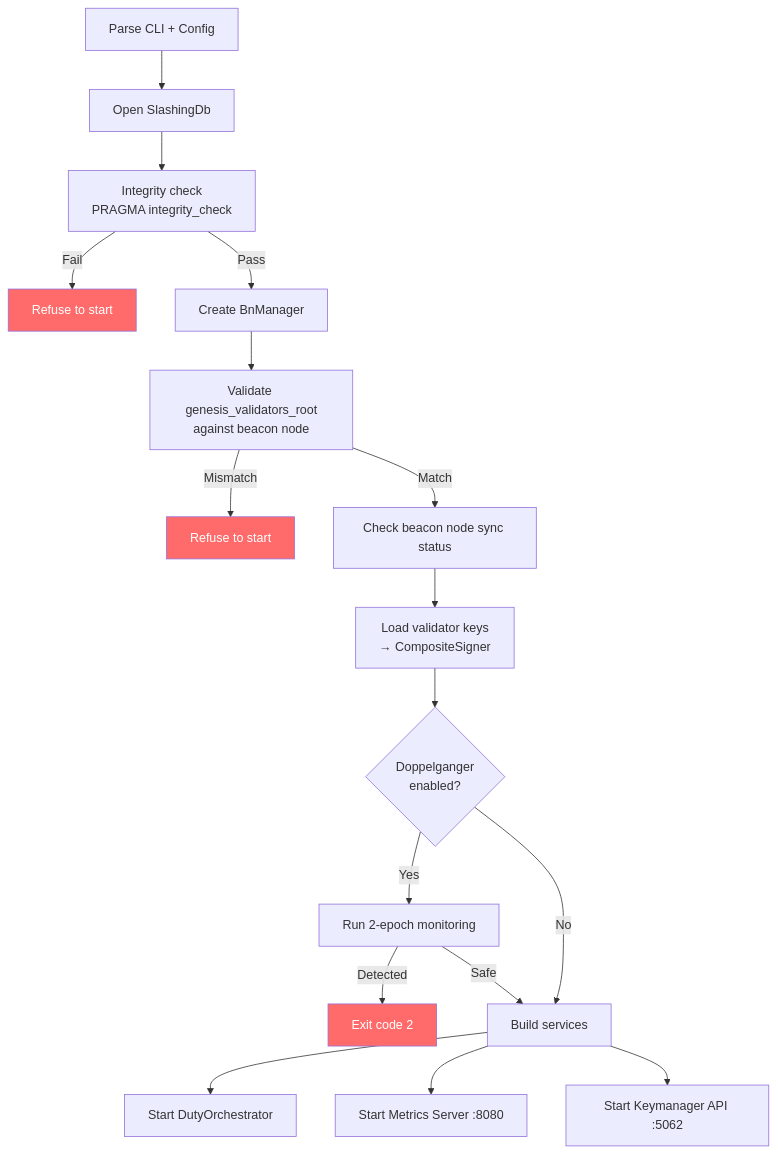
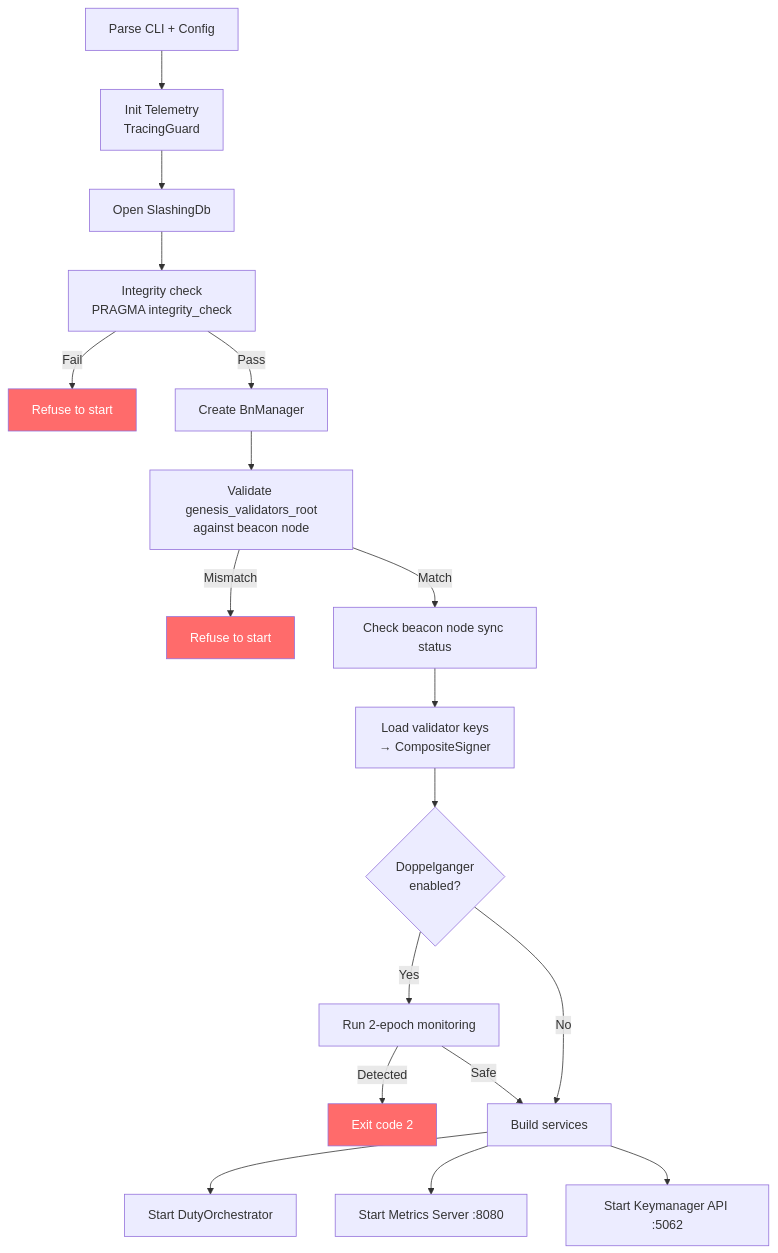
Before and after one commit to dsrvlabs/rvc: the seventh of 8 diagrams in ARCHITECTURE.md, drawn with Mermaid. The commit also changed other lines of this file and 3 other files, not shown here.

First line of the commit message:
docs: update README, ARCHITECTURE, and running guide to reflect current state

````diff
--- a/ARCHITECTURE.md
+++ b/ARCHITECTURE.md
@@ -300,23 +317,24 @@
 ```mermaid
 flowchart TD
-    A[Parse CLI + Config] --> B[Open SlashingDb]
+    A[Parse CLI + Config] --> A1[Init Telemetry<br/>TracingGuard]
+    A1 --> B[Open SlashingDb]
     B --> C[Integrity check<br/>PRAGMA integrity_check]
     C -->|Fail| X1[Refuse to start]
     C -->|Pass| D[Create BnManager]
     D --> E[Validate genesis_validators_root<br/>against beacon node]
     E -->|Mismatch| X2[Refuse to start]
     E -->|Match| F[Check beacon node sync status]
     F --> G[Load validator keys<br/>→ CompositeSigner]
     G --> H{Doppelganger<br/>enabled?}
     H -->|Yes| I[Run 2-epoch monitoring]
     I -->|Detected| X3[Exit code 2]
     I -->|Safe| J[Build services]
     H -->|No| J
     J --> K[Start DutyOrchestrator]
     J --> L[Start Metrics Server :8080]
     J --> M[Start Keymanager API :5062]
 
     style X1 fill:#ff6b6b,color:#fff
     style X2 fill:#ff6b6b,color:#fff
     style X3 fill:#ff6b6b,color:#fff
 ```
````
